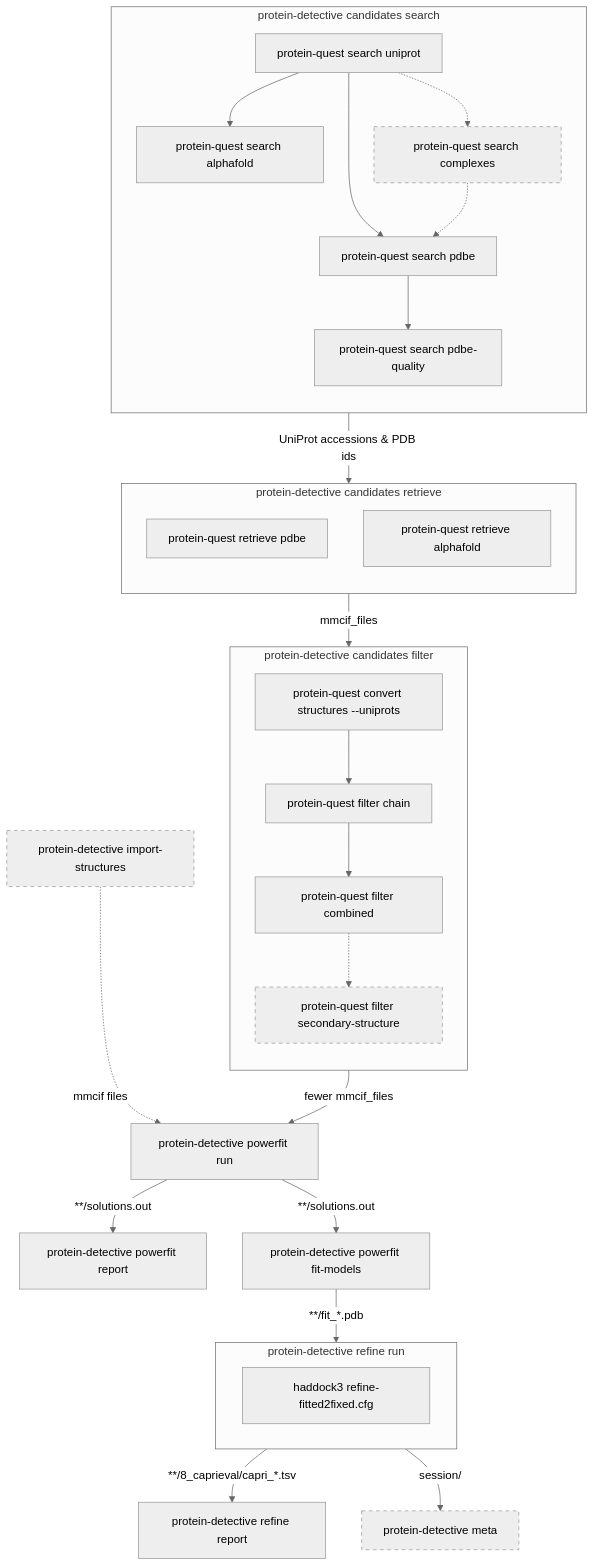
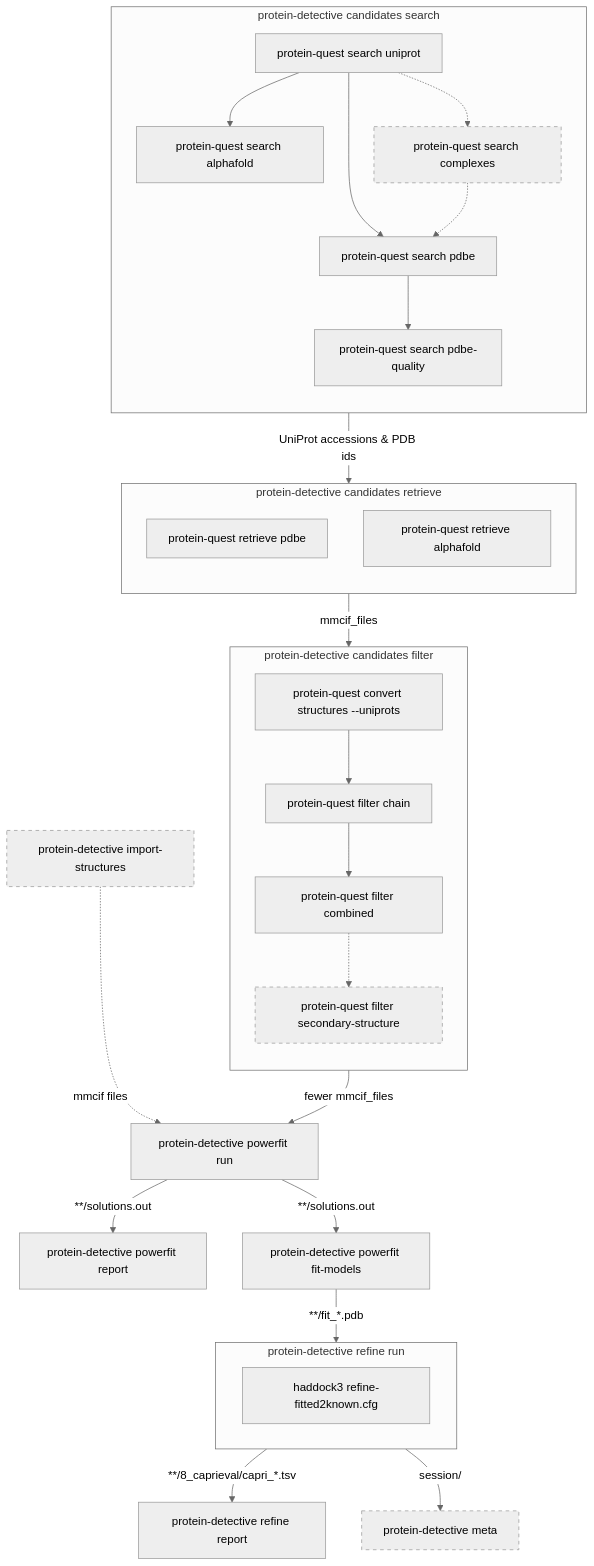
Before and after one commit to haddocking/protein-detective: the diagram in README.md, drawn with Mermaid (neutral theme). The commit also changed other lines of this file and 27 other files, not shown here.

````diff
--- a/README.md
+++ b/README.md
@@ -43,57 +43,57 @@
 ```mermaid
 flowchart TB
     subgraph search [protein-detective candidates search]
         direction TB
         S2[protein-quest search uniprot]
         S3[protein-quest search alphafold]
         S4[protein-quest search pdbe]
         S5[protein-quest search pdbe-quality]
         S6[protein-quest search complexes]
         S2 --> S3 & S4
         S4 --> S5
         S2 -.-> S6
         S6 -.-> S4
     end
     search -- "UniProt accessions & PDB ids" --> retrieve
 
     subgraph retrieve [protein-detective candidates retrieve]
         direction TB
         R2[protein-quest retrieve pdbe]
         R3[protein-quest retrieve alphafold]
     end
     retrieve -- "mmcif_files" --> filter
 
     subgraph filter [protein-detective candidates filter]
         direction TB
         F2[protein-quest convert structures --uniprots]
         F3[protein-quest filter chain]
         F4[protein-quest filter combined]
         F5[protein-quest filter secondary-structure]
         F2 --> F3 --> F4 -.-> F5
     end
     filter -- "fewer mmcif_files" --> P1[protein-detective powerfit run]
 
     I1[protein-detective import-structures]
     I1 -. "mmcif files" .-> P1
 
     E1[protein-detective powerfit report]
     M1[protein-detective powerfit fit-models]
     P1 -- "**/solutions.out" --> E1 & M1
 
     subgraph refine [protein-detective refine run]
-        R1[haddock3 refine-fitted2fixed.cfg]
+        R1[haddock3 refine-fitted2known.cfg]
     end
     M1 -- "**/fit_*.pdb" --> refine
 
     E2[protein-detective refine report]
     refine -- "**/8_caprieval/capri_*.tsv" --> E2
 
     META[protein-detective meta]
     refine -- session/ --> META
 
     classDef dashedBorder stroke-dasharray: 5 5;
     S6:::dashedBorder
     F5:::dashedBorder
     I1:::dashedBorder
     META:::dashedBorder
 ```
````
